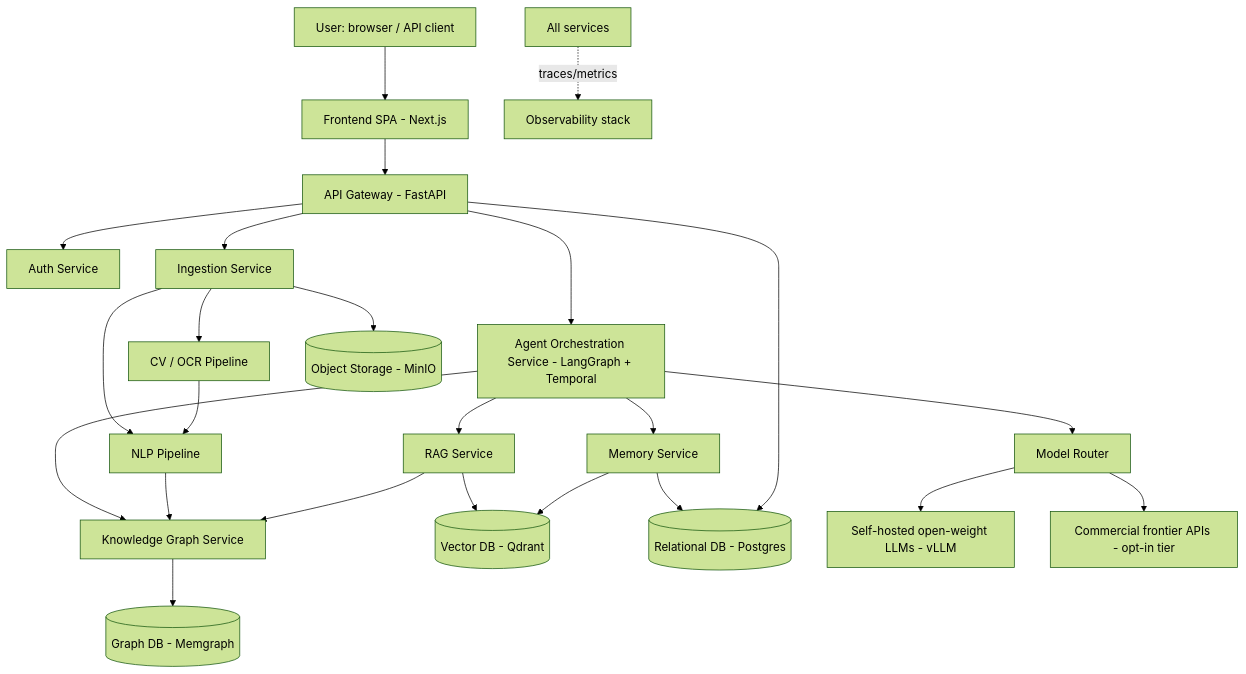
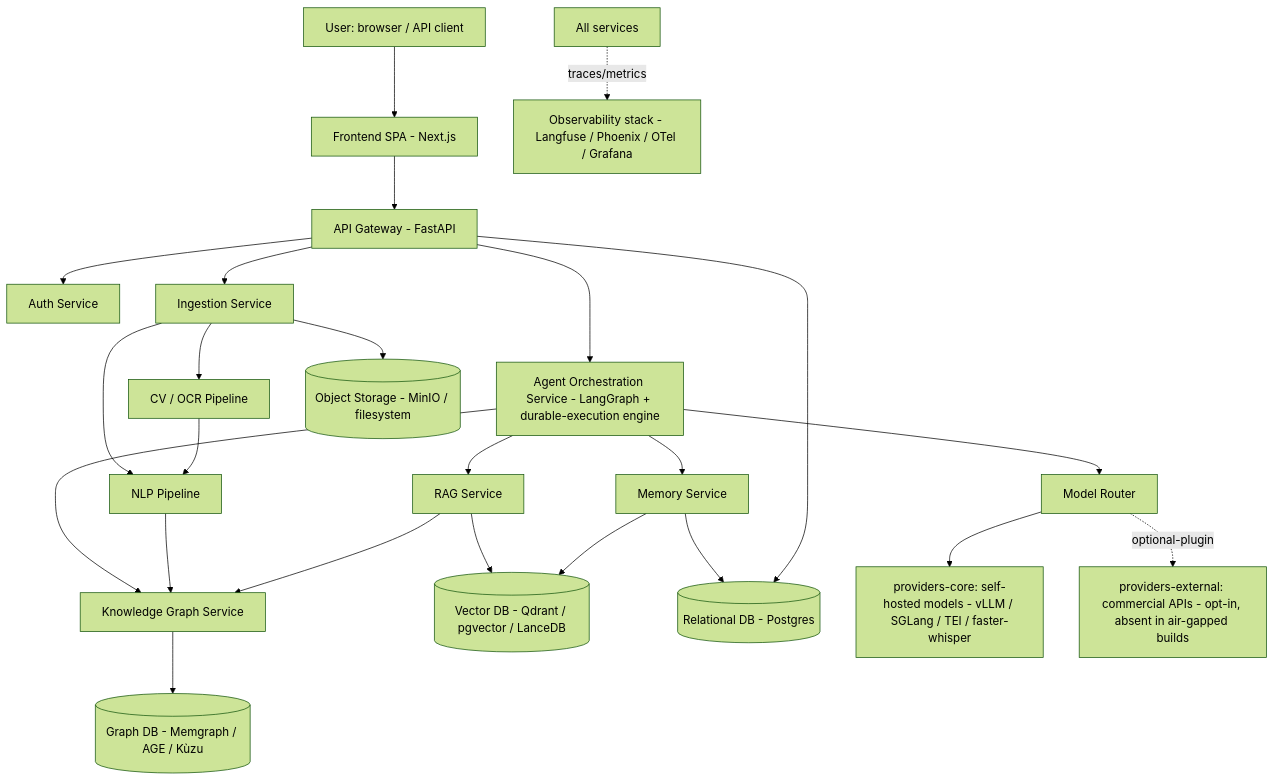
One commit to shourya-tiwari/Legal-AI changed the diagram in docs/v2/ARCHITECTURE.md. Above: the diagram before and after it, drawn with Mermaid (forest theme). The commit also changed other lines of this file and 13 other files, not shown here.

````diff
--- a/docs/v2/ARCHITECTURE.md
+++ b/docs/v2/ARCHITECTURE.md
@@ -7,26 +7,26 @@
 ```mermaid
 graph TD
     U[User: browser / API client] --> FE[Frontend SPA - Next.js]
     FE --> GW[API Gateway - FastAPI]
     GW --> AUTH[Auth Service]
-    GW --> ORCH[Agent Orchestration Service - LangGraph + Temporal]
+    GW --> ORCH[Agent Orchestration Service - LangGraph + durable-execution engine]
     GW --> ING[Ingestion Service]
     ORCH --> RAG[RAG Service]
     ORCH --> KGS[Knowledge Graph Service]
     ORCH --> MEM[Memory Service]
     ORCH --> ROUTER[Model Router]
     ING --> CV[CV / OCR Pipeline]
     ING --> NLP[NLP Pipeline]
     NLP --> KGS
     CV --> NLP
-    RAG --> VDB[(Vector DB - Qdrant)]
+    RAG --> VDB[(Vector DB - Qdrant / pgvector / LanceDB)]
     RAG --> KGS
-    KGS --> GDB[(Graph DB - Memgraph)]
+    KGS --> GDB[(Graph DB - Memgraph / AGE / Kùzu)]
     MEM --> VDB
     MEM --> RDB[(Relational DB - Postgres)]
-    ROUTER --> LOCAL[Self-hosted open-weight LLMs - vLLM]
-    ROUTER --> FRONTIER[Commercial frontier APIs - opt-in tier]
+    ROUTER --> CORE[providers-core: self-hosted models - vLLM / SGLang / TEI / faster-whisper]
+    ROUTER -.optional-plugin.-> EXT[providers-external: commercial APIs - opt-in, absent in air-gapped builds]
     GW --> RDB
-    ING --> OBJ[(Object Storage - MinIO)]
-    ALL[All services] -.traces/metrics.-> OBS[Observability stack]
+    ING --> OBJ[(Object Storage - MinIO / filesystem)]
+    ALL[All services] -.traces/metrics.-> OBS[Observability stack - Langfuse / Phoenix / OTel / Grafana]
 ```
````
